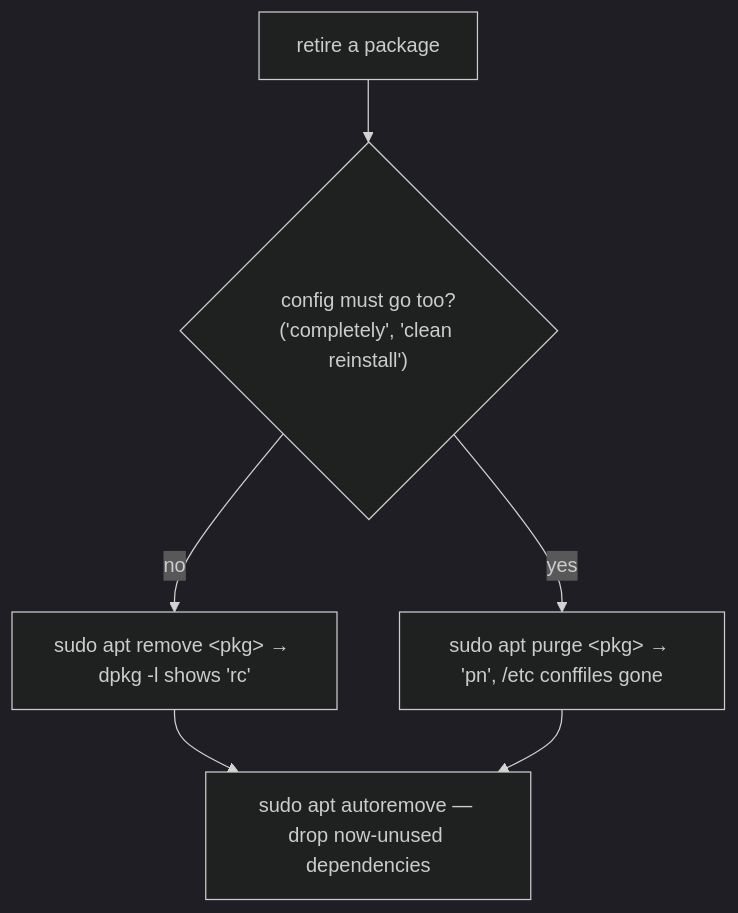
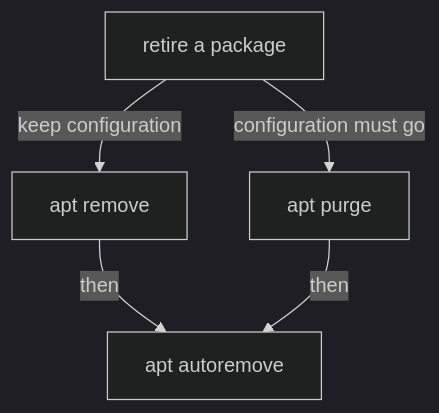
The diagram in sections/section-050/module-03/course-03-removing-cleanly.md (astrona-io/ATS002), drawn with Mermaid (dark theme) before and after one commit. The commit also changed other lines of this file and 615 other files, not shown here.

````diff
--- a/sections/section-050/module-03/course-03-removing-cleanly.md
+++ b/sections/section-050/module-03/course-03-removing-cleanly.md
@@ -36,8 +38,7 @@
 ```mermaid
-flowchart TD
-    T["retire a package"] --> C{"config must go too?<br/>('completely', 'clean reinstall')"}
-    C -->|no| RM["sudo apt remove &lt;pkg&gt; → dpkg -l shows 'rc'"]
-    C -->|yes| PG["sudo apt purge &lt;pkg&gt; → 'pn', /etc conffiles gone"]
-    RM --> AR["sudo apt autoremove — drop now-unused dependencies"]
-    PG --> AR
+flowchart TB
+    T["retire a package"] -->|"keep configuration"| RM["apt remove"]
+    T -->|"configuration must go"| PG["apt purge"]
+    RM -->|"then"| AR["apt autoremove"]
+    PG -->|"then"| AR
 ```
````
